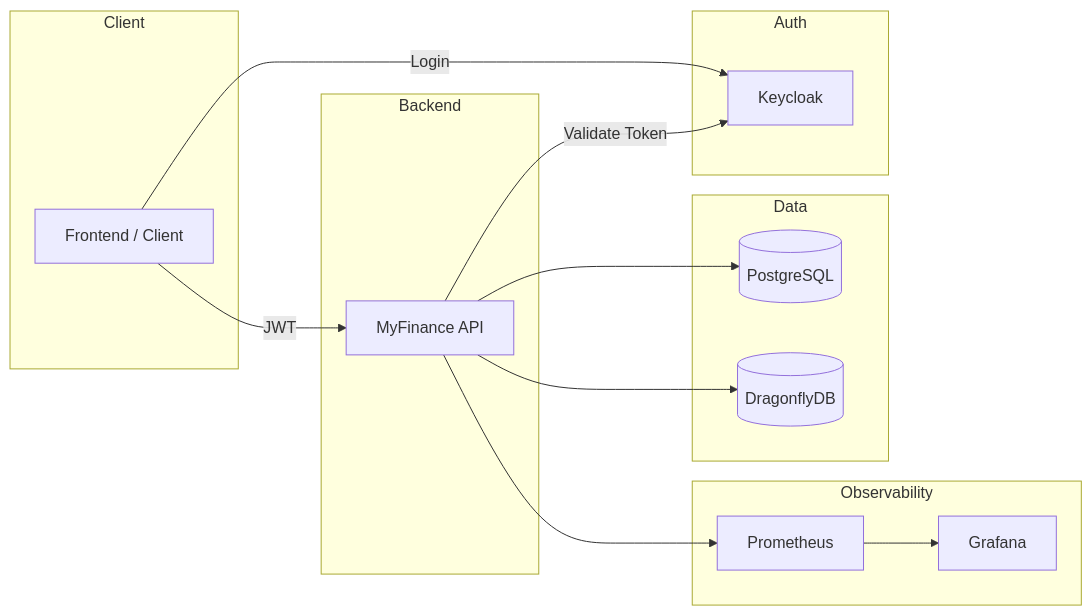
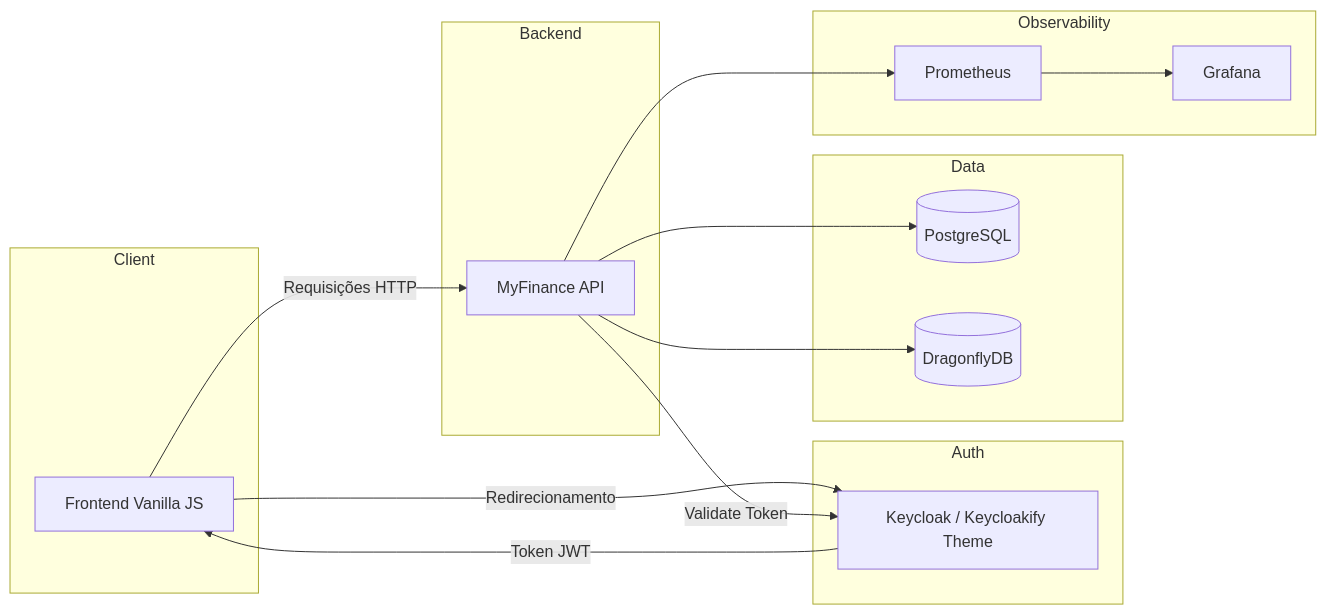
Before and after one commit to GustavoSDaniel/MyFinance: the diagram in README.md, drawn with Mermaid. The commit also changed other lines of this file and 19 other files, not shown here.

````diff
--- a/README.md
+++ b/README.md
@@ -17,32 +47,29 @@
 ```mermaid
 flowchart LR
     subgraph Client
-        C[Frontend / Client]
+        C[Frontend Vanilla JS]
     end
-
     subgraph Auth
-        K[Keycloak]
+        K[Keycloak / Keycloakify Theme]
     end
-
     subgraph Backend
         A[MyFinance API]
     end
-
     subgraph Data
         DB[(PostgreSQL)]
         Cache[(DragonflyDB)]
     end
-
     subgraph Observability
         P[Prometheus]
         G[Grafana]
     end
 
-    C -->|Login| K
-    C -->|JWT| A
+    C -->|Redirecionamento| K
+    K -->|Token JWT| C
+    C -->|Requisições HTTP| A
     A -->|Validate Token| K
     A --> DB
     A --> Cache
     A --> P
     P --> G
 ```
````
